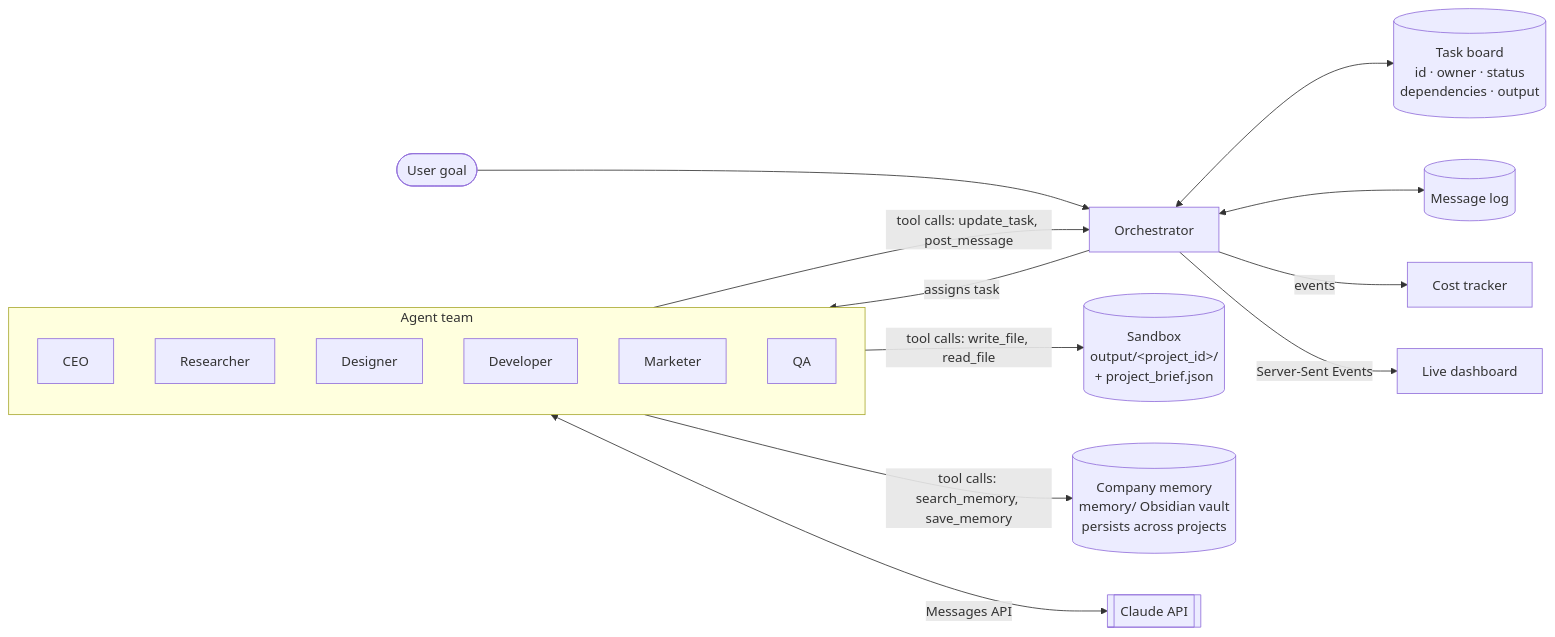
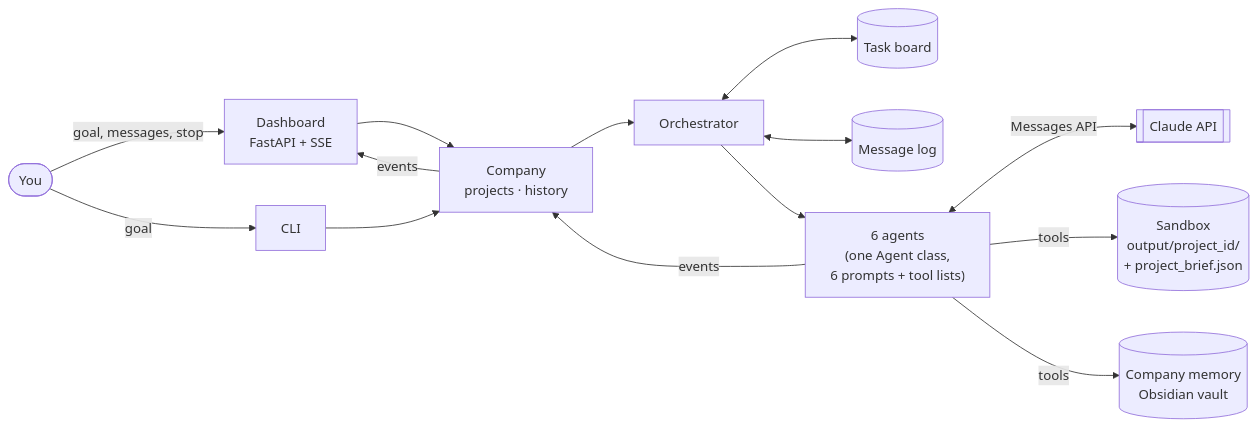
The second of 3 diagrams in README.md (abejit-singh/bottega), drawn with Mermaid before and after one commit. The commit also changed other lines of this file and 7 other files, not shown here.

First line of the commit message:
Redesign the dashboard: the team as characters, board, files, memory, costs

````diff
--- a/README.md
+++ b/README.md
@@ -18,23 +66,16 @@
 ```mermaid
 flowchart LR
-    U([User goal]) --> O[Orchestrator]
-    O <--> TB[(Task board<br/>id · owner · status<br/>dependencies · output)]
-    O <--> ML[(Message log)]
-
-    subgraph Team[Agent team]
-        CEO[CEO]
-        R[Researcher]
-        D[Designer]
-        DEV[Developer]
-        M[Marketer]
-        QA[QA]
-    end
-
-    O -- assigns task --> Team
-    Team -- "tool calls: update_task, post_message" --> O
-    Team -- "tool calls: write_file, read_file" --> WS[(Sandbox<br/>output/&lt;project_id&gt;/<br/>+ project_brief.json)]
-    Team -- "tool calls: search_memory, save_memory" --> MEM[(Company memory<br/>memory/ Obsidian vault<br/>persists across projects)]
-    Team <-- Messages API --> C[[Claude API]]
-    O -- events --> CT[Cost tracker]
-    O -- Server-Sent Events --> DB[Live dashboard]
+    U([You]) -- goal, messages, stop --> W[Dashboard<br/>FastAPI + SSE]
+    U -- goal --> CLI[CLI]
+    W --> C[Company<br/>projects · history]
+    CLI --> C
+    C --> O[Orchestrator]
+    O <--> B[(Task board)]
+    O <--> M[(Message log)]
+    O --> A["6 agents<br/>(one Agent class,<br/>6 prompts + tool lists)"]
+    A <-- Messages API --> API[[Claude API]]
+    A -- tools --> S[(Sandbox<br/>output/project_id/<br/>+ project_brief.json)]
+    A -- tools --> MEM[(Company memory<br/>Obsidian vault)]
+    A -- events --> C
+    C -- events --> W
 ```
````
